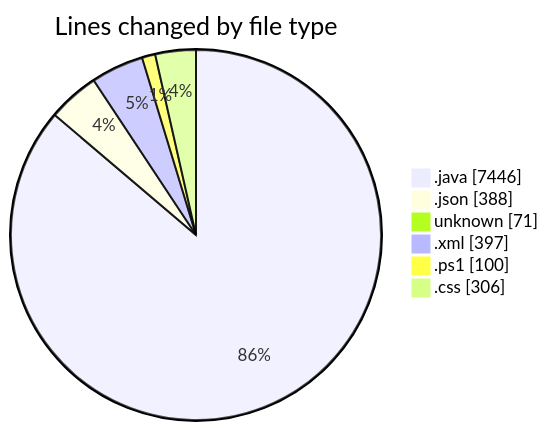
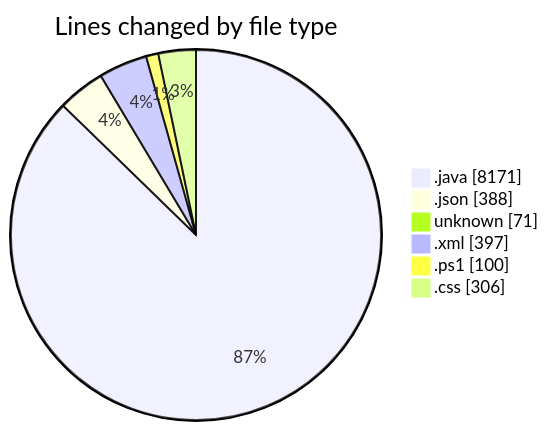
The first of 2 diagrams in 2025-02-25/micros/README.md (charlie-sans/code-tracking), drawn with Mermaid before and after one commit. The commit also changed other lines of this file and 1 other file, not shown here.

````diff
--- a/2025-02-25/micros/README.md
+++ b/2025-02-25/micros/README.md
@@ -58,10 +59,10 @@
 ```mermaid
 pie showData
 title Lines changed by file type
-".java" : 7446
+".java" : 8171
 ".json" : 388
 "unknown" : 71
 ".xml" : 397
 ".ps1" : 100
 ".css" : 306
 ```
````
